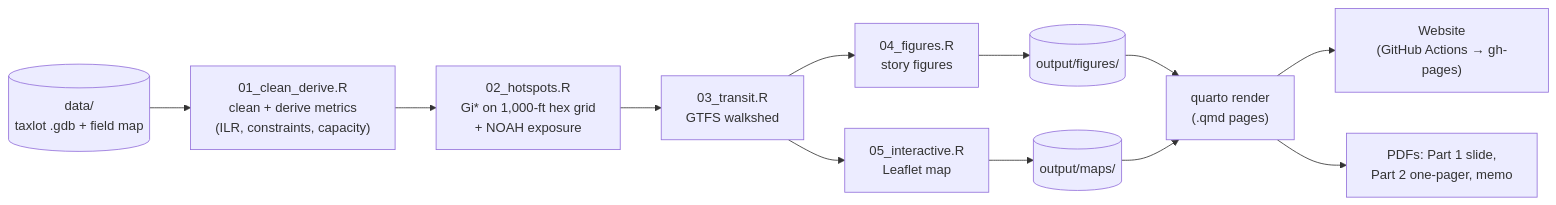
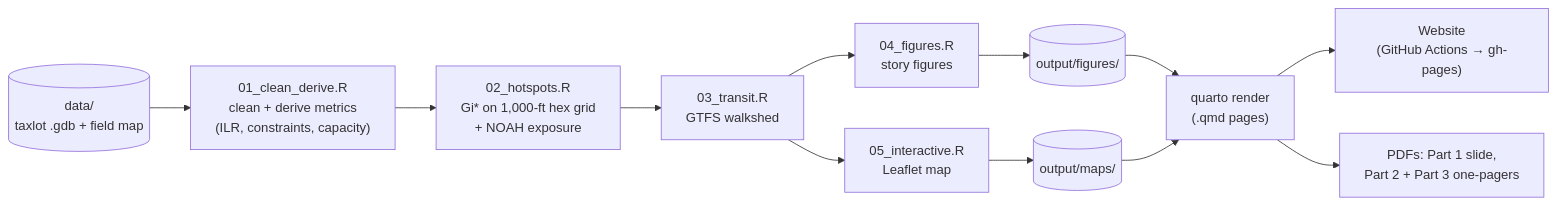
One commit to kaseyzapatka/cascadia changed the diagram in README.md. Above: the diagram before and after it, drawn with Mermaid. The commit also changed other lines of this file and 33 other files, not shown here.

First line of the commit message:
Drop full-memo PDF, tighten executive summary, reframe Part 3, ship edits

````diff
--- a/README.md
+++ b/README.md
@@ -39,14 +39,14 @@
 ```mermaid
 flowchart LR
     A[("data/<br/>taxlot .gdb + field map")] --> B["01_clean_derive.R<br/>clean + derive metrics<br/>(ILR, constraints, capacity)"]
     B --> C["02_hotspots.R<br/>Gi* on 1,000-ft hex grid<br/>+ NOAH exposure"]
     C --> T["03_transit.R<br/>GTFS walkshed"]
     T --> D["04_figures.R<br/>story figures"]
     T --> E["05_interactive.R<br/>Leaflet map"]
     D --> F[("output/figures/")]
     E --> G[("output/maps/")]
     F --> H["quarto render<br/>(.qmd pages)"]
     G --> H
     H --> I["Website<br/>(GitHub Actions → gh-pages)"]
-    H --> J["PDFs: Part 1 slide,<br/>Part 2 one-pager, memo"]
+    H --> J["PDFs: Part 1 slide,<br/>Part 2 + Part 3 one-pagers"]
 ```
````
